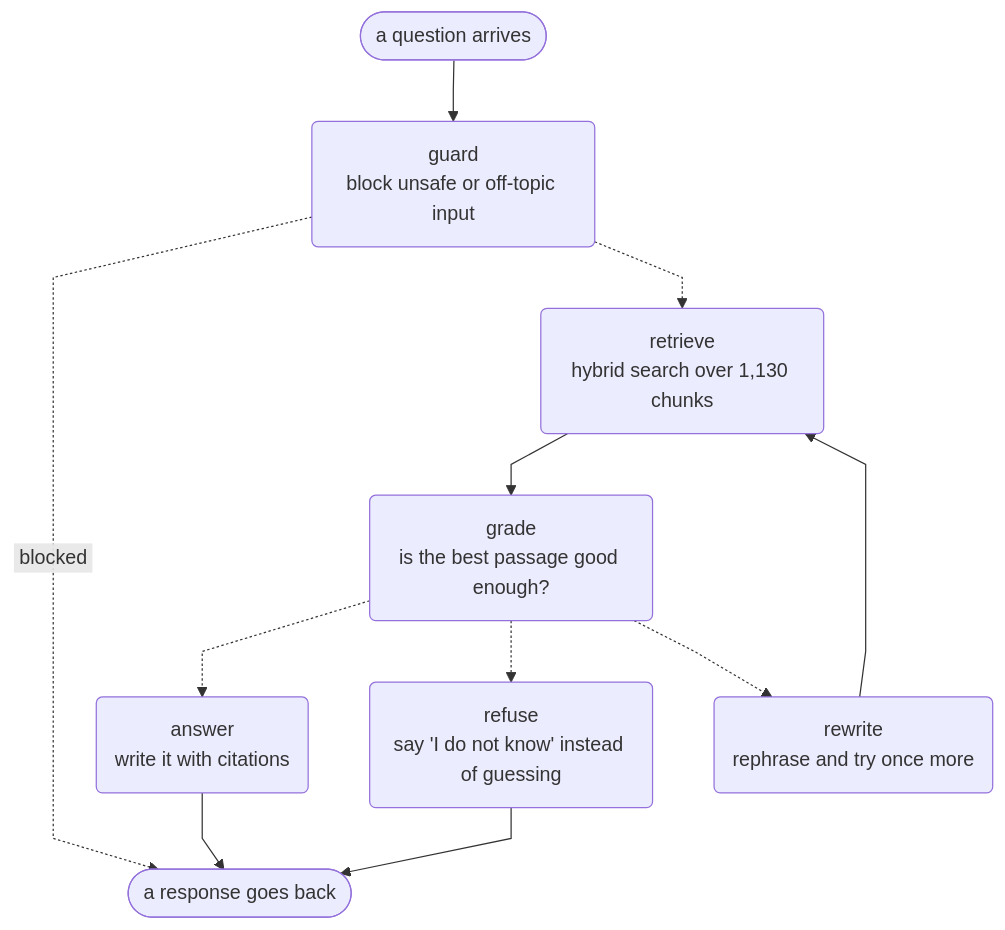
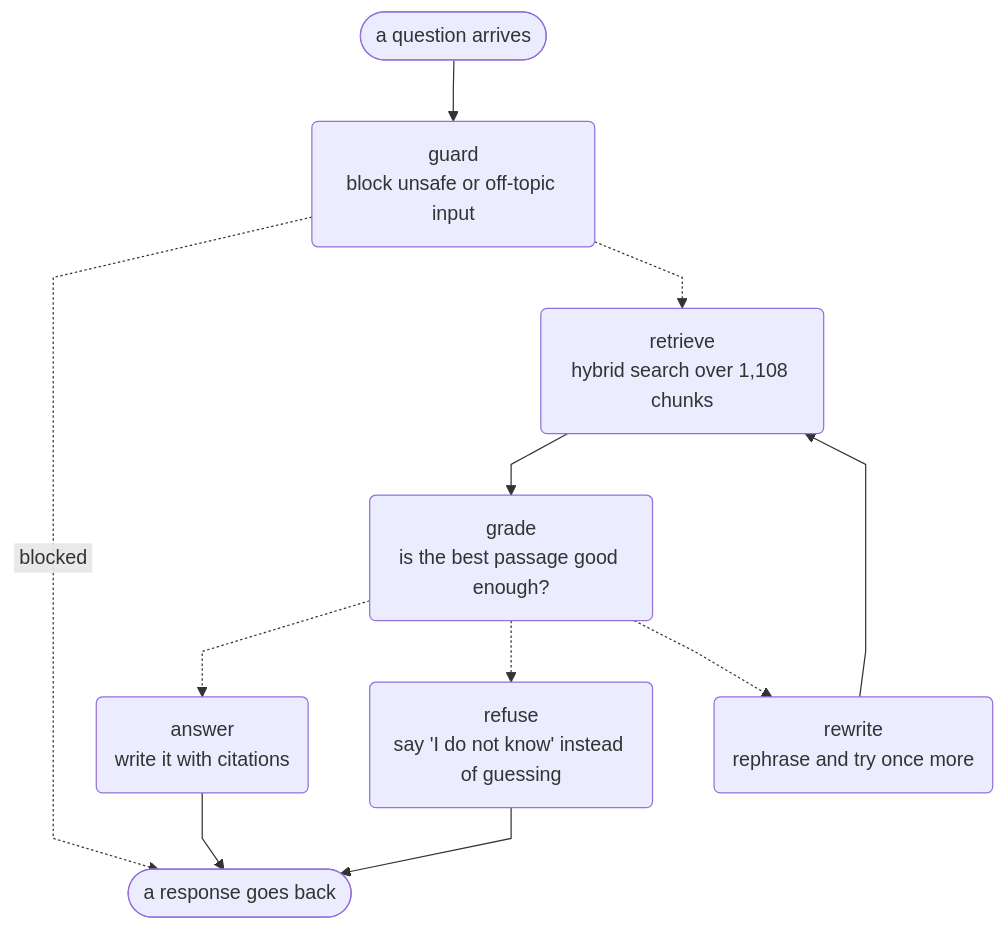
Before and after one commit to Sudam23/Medicare-RAG-Assistant: the diagram in README.md, drawn with Mermaid. The commit also changed other lines of this file and 10 other files, not shown here.

````diff
--- a/README.md
+++ b/README.md
@@ -102,26 +102,26 @@
 ```mermaid
 ---
 config:
   flowchart:
     curve: linear
 ---
 graph TD;
 	start([a question arrives])
 	guard(guard<br/>block unsafe or off-topic input)
-	retrieve(retrieve<br/>hybrid search over 1,130 chunks)
+	retrieve(retrieve<br/>hybrid search over 1,108 chunks)
 	grade(grade<br/>is the best passage good enough?)
 	rewrite(rewrite<br/>rephrase and try once more)
 	answer(answer<br/>write it with citations)
 	refuse(refuse<br/>say 'I do not know' instead of guessing)
 	done([a response goes back])
 	start --> guard;
 	grade -.-> answer;
 	grade -.-> refuse;
 	grade -.-> rewrite;
 	guard -. &nbsp;blocked&nbsp; .-> done;
 	guard -.-> retrieve;
 	retrieve --> grade;
 	rewrite --> retrieve;
 	answer --> done;
 	refuse --> done;
 ```
````
